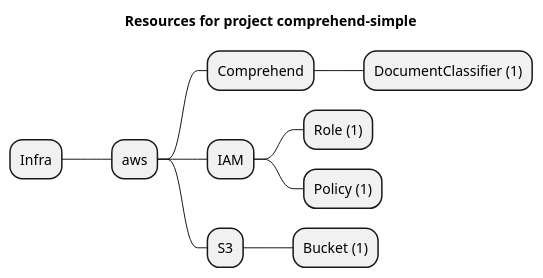
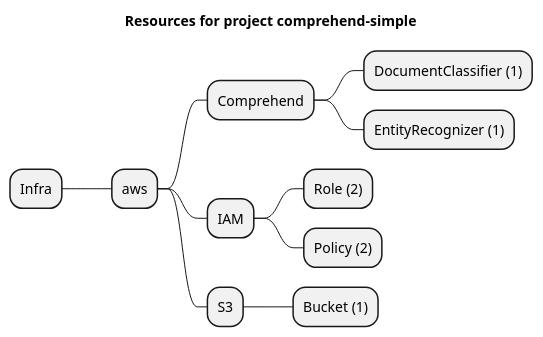
The diagram in examples/aws/Comprehend/comprehend-simple/artifacts/resources-mindmap.puml (grucloud/grucloud), drawn with PlantUML before and after one commit. The commit also changed 7 other files, not shown here.

Commit message:
ComprehendEntityRecognizer

```diff
--- a/examples/aws/Comprehend/comprehend-simple/artifacts/resources-mindmap.puml
+++ b/examples/aws/Comprehend/comprehend-simple/artifacts/resources-mindmap.puml
@@ -1,13 +1,14 @@
 @startmindmap
 title Resources for project comprehend-simple
 skinparam monochrome true
 + Infra
 ++ aws
 +++ Comprehend
 ++++ DocumentClassifier (1)
+++++ EntityRecognizer (1)
 +++ IAM
-++++ Role (1)
-++++ Policy (1)
+++++ Role (2)
+++++ Policy (2)
 +++ S3
 ++++ Bucket (1)
 @endmindmap
```
